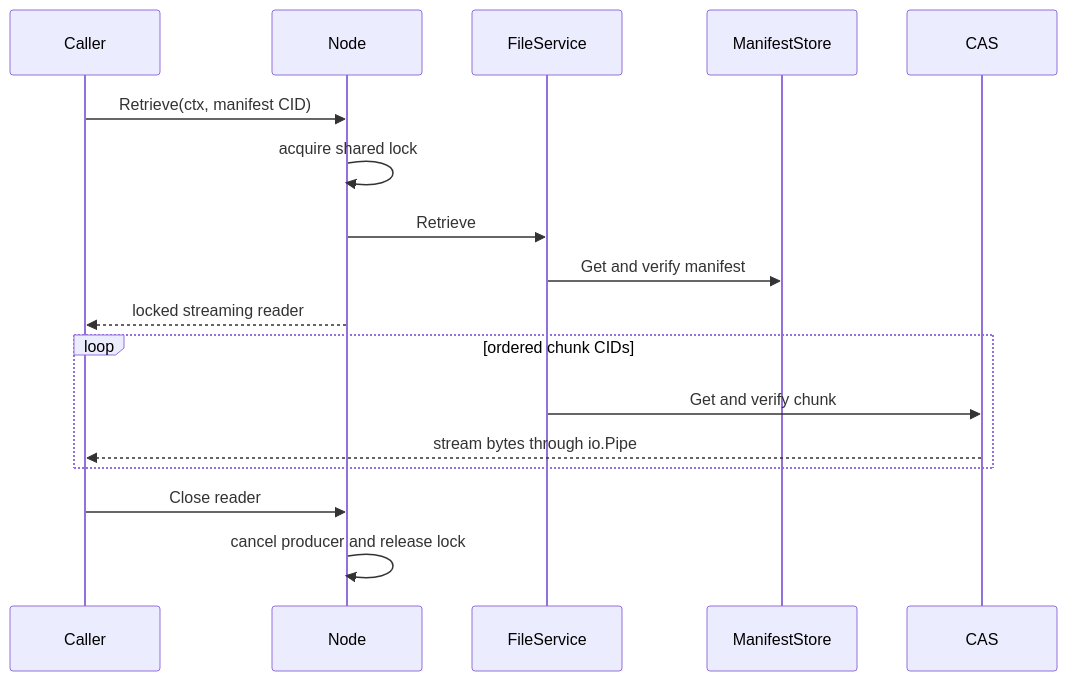
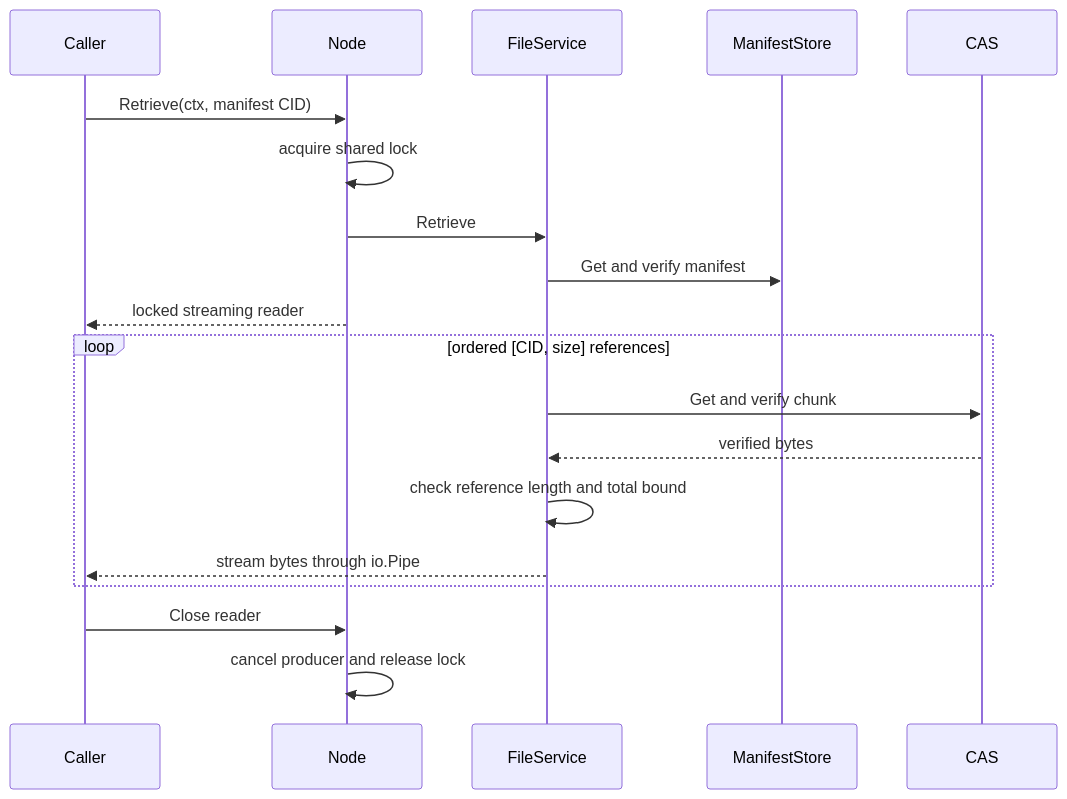
One commit to mexirica/strata changed the second of 3 diagrams in docs/internals/data-flows.md. Above: the diagram before and after it, drawn with Mermaid. The commit also changed other lines of this file and 21 other files, not shown here.

````diff
--- a/docs/internals/data-flows.md
+++ b/docs/internals/data-flows.md
@@ -41,20 +55,22 @@
 ```mermaid
 sequenceDiagram
     participant Caller
     participant Node
     participant FileService
     participant ManifestStore
     participant CAS
 
     Caller->>Node: Retrieve(ctx, manifest CID)
     Node->>Node: acquire shared lock
     Node->>FileService: Retrieve
     FileService->>ManifestStore: Get and verify manifest
     Node-->>Caller: locked streaming reader
-    loop ordered chunk CIDs
+    loop ordered [CID, size] references
         FileService->>CAS: Get and verify chunk
-        CAS-->>Caller: stream bytes through io.Pipe
+        CAS-->>FileService: verified bytes
+        FileService->>FileService: check reference length and total bound
+        FileService-->>Caller: stream bytes through io.Pipe
     end
     Caller->>Node: Close reader
     Node->>Node: cancel producer and release lock
 ```
````
